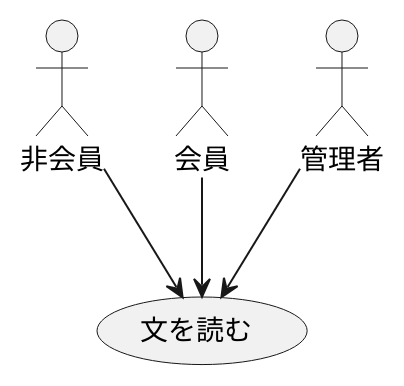
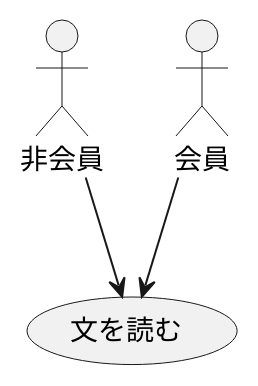
Before and after one commit to ahyaemon/bancha_books: the first of 2 diagrams in sphinx/system_requirement/page/all/book/index.rst, drawn with PlantUML. The commit also changed other lines of this file and 37 other files, not shown here.

```diff
--- a/sphinx/system_requirement/page/all/book/index.rst
+++ b/sphinx/system_requirement/page/all/book/index.rst
@@ -10,11 +10,9 @@
   .. uml::
 
     actor :非会員: as Non
     actor :会員: as General
-    actor :管理者: as Admin
 
     (文を読む) as (Read Sentence)  
 
     Non --> (Read Sentence)
     General --> (Read Sentence)
-    Admin --> (Read Sentence)
```
